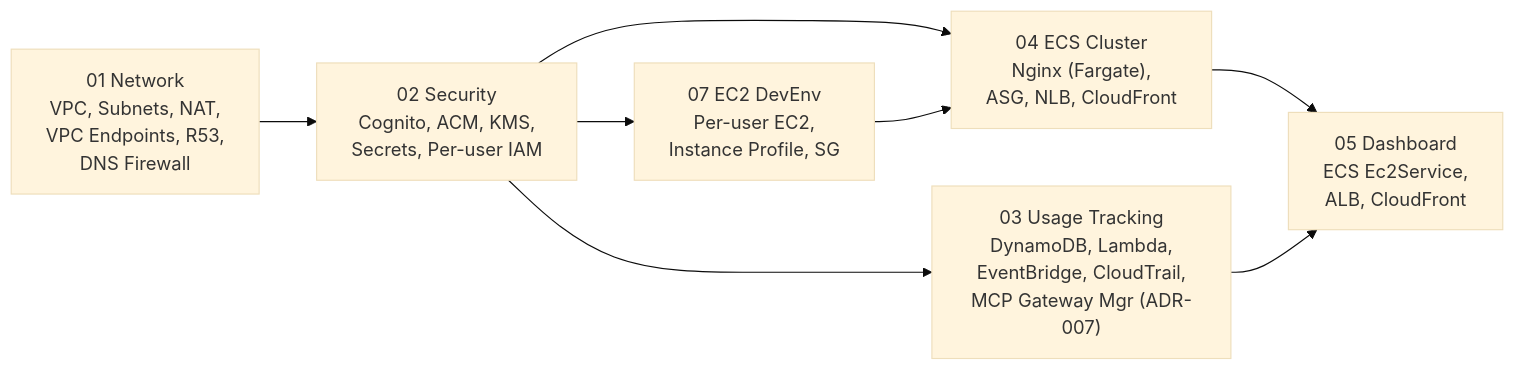
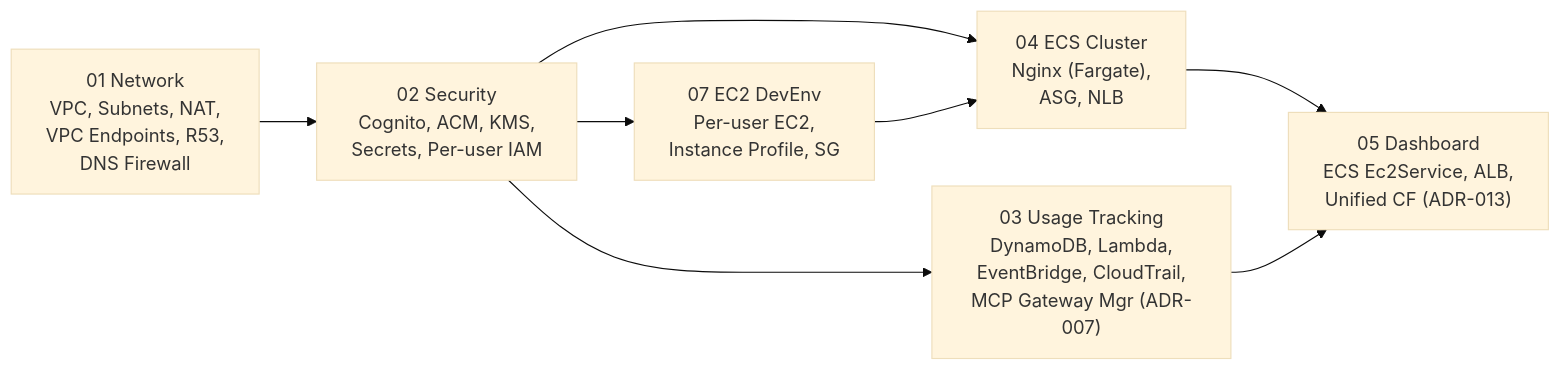
Before and after one commit to whchoi98/cc-on-bedrock: the second of 10 diagrams in docs/architecture.md, drawn with Mermaid (base theme). The commit also changed other lines of this file and 11 other files, not shown here.

First line of the commit message:
feat: unified CloudFront + fix code-server YAML password (ADR-013)

````diff
--- a/docs/architecture.md
+++ b/docs/architecture.md
@@ -164,10 +162,10 @@
 ```mermaid
 graph LR
     S1["01 Network<br/>VPC, Subnets, NAT,<br/>VPC Endpoints, R53,<br/>DNS Firewall"] --> S2["02 Security<br/>Cognito, ACM, KMS,<br/>Secrets, Per-user IAM"]
     S2 --> S3["03 Usage Tracking<br/>DynamoDB, Lambda,<br/>EventBridge, CloudTrail,<br/>MCP Gateway Mgr (ADR-007)"]
-    S2 --> S4["04 ECS Cluster<br/>Nginx (Fargate),<br/>ASG, NLB, CloudFront"]
+    S2 --> S4["04 ECS Cluster<br/>Nginx (Fargate),<br/>ASG, NLB"]
     S2 --> S7["07 EC2 DevEnv<br/>Per-user EC2,<br/>Instance Profile, SG"]
-    S4 --> S5["05 Dashboard<br/>ECS Ec2Service,<br/>ALB, CloudFront"]
+    S4 --> S5["05 Dashboard<br/>ECS Ec2Service, ALB,<br/>Unified CF (ADR-013)"]
     S3 --> S5
     S7 --> S4
 ```
````
